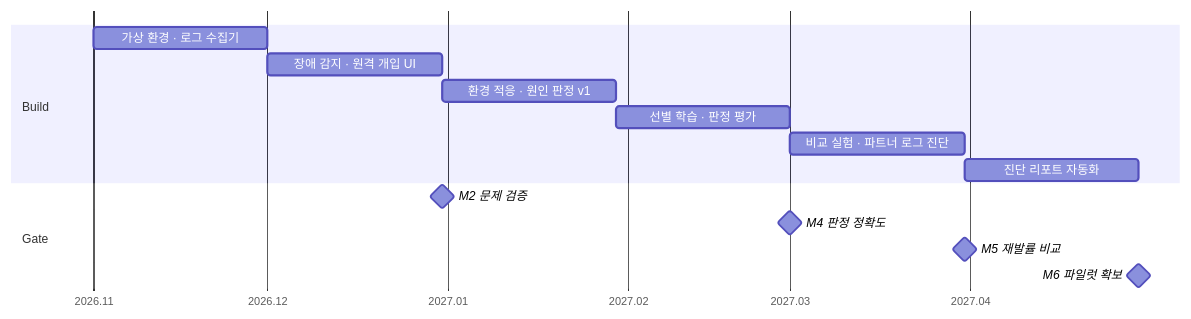
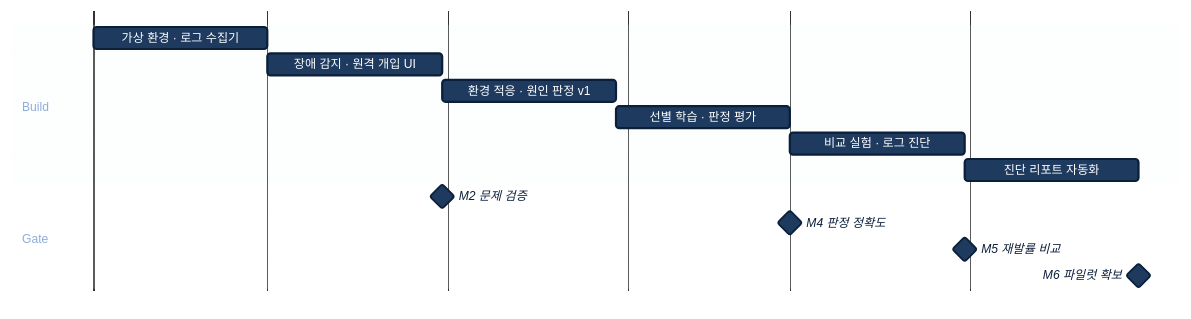
The fourth of 4 diagrams in README.md (CauseMotion/D2SF_CauseMotion), drawn with Mermaid before and after one commit. The commit also changed other lines of this file, not shown here.

````diff
--- a/README.md
+++ b/README.md
@@ -158,17 +202,18 @@
 ```mermaid
+%%{init: {'theme':'base','themeVariables':{'fontFamily':'Pretendard, Apple SD Gothic Neo, sans-serif','fontSize':'13px','primaryColor':'#1E3A5F','primaryTextColor':'#FFFFFF','primaryBorderColor':'#0B1F3A','taskBkgColor':'#1E3A5F','taskBorderColor':'#0B1F3A','taskTextColor':'#FFFFFF','taskTextOutsideColor':'#0B1F3A','taskTextLightColor':'#FFFFFF','activeTaskBkgColor':'#2C5282','activeTaskBorderColor':'#0B1F3A','sectionBkgColor':'#F4F7FB','altSectionBkgColor':'#FFFFFF','sectionBkgColor2':'#E8EEF7','gridColor':'#C9D6E8','todayLineColor':'#2C5282','milestoneBkgColor':'#0B1F3A','milestoneBorderColor':'#0B1F3A'}}}%%
 gantt
     dateFormat  YYYY-MM
     axisFormat  %Y.%m
     section Build
     가상 환경 · 로그 수집기          :a1, 2026-11, 30d
     장애 감지 · 원격 개입 UI         :a2, after a1, 30d
     환경 적응 · 원인 판정 v1         :a3, after a2, 30d
     선별 학습 · 판정 평가            :a4, after a3, 30d
-    비교 실험 · 파트너 로그 진단      :a5, after a4, 30d
+    비교 실험 · 로그 진단           :a5, after a4, 30d
     진단 리포트 자동화               :a6, after a5, 30d
     section Gate
     M2 문제 검증     :milestone, after a2, 0d
     M4 판정 정확도   :milestone, after a4, 0d
     M5 재발률 비교   :milestone, after a5, 0d
     M6 파일럿 확보   :milestone, after a6, 0d
 ```
````
